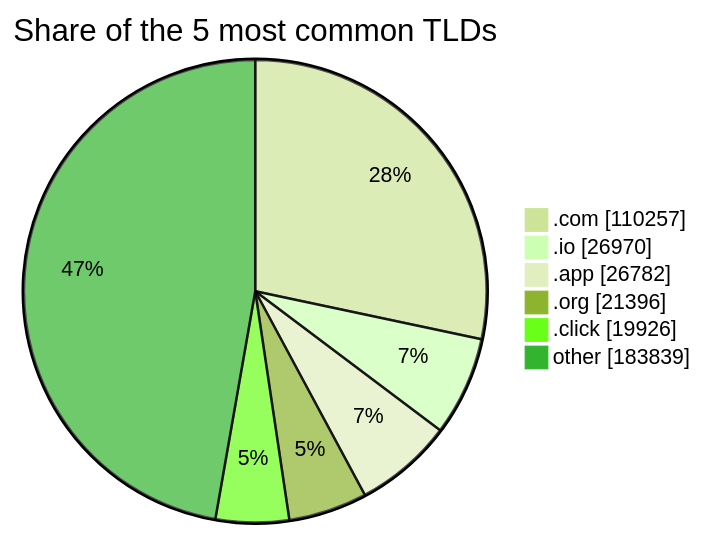
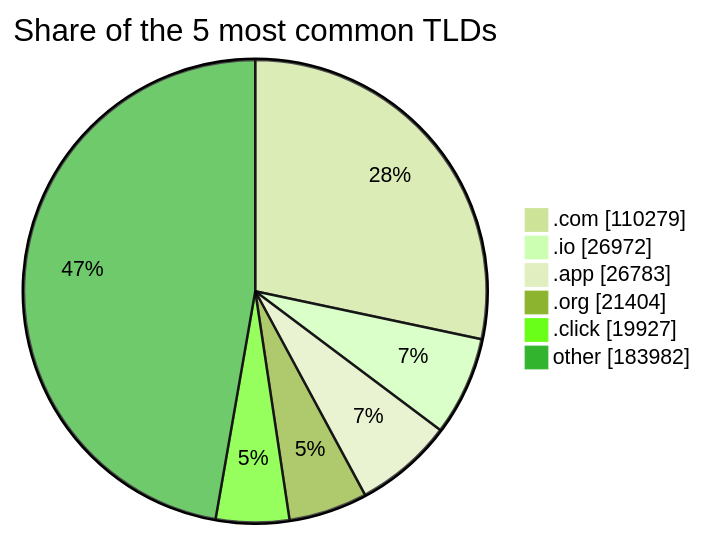
The third of 3 diagrams in README.md (DNSBunker/CTI), drawn with Mermaid (forest theme) before and after one commit. The commit also changed other lines of this file and 3 other files, not shown here.

````diff
--- a/README.md
+++ b/README.md
@@ -81,9 +81,9 @@
 ```mermaid
 pie showData title Share of the 5 most common TLDs
-    ".com" : 110257
-    ".io" : 26970
-    ".app" : 26782
-    ".org" : 21396
-    ".click" : 19926
-    "other" : 183839
+    ".com" : 110279
+    ".io" : 26972
+    ".app" : 26783
+    ".org" : 21404
+    ".click" : 19927
+    "other" : 183982
 ```
````
